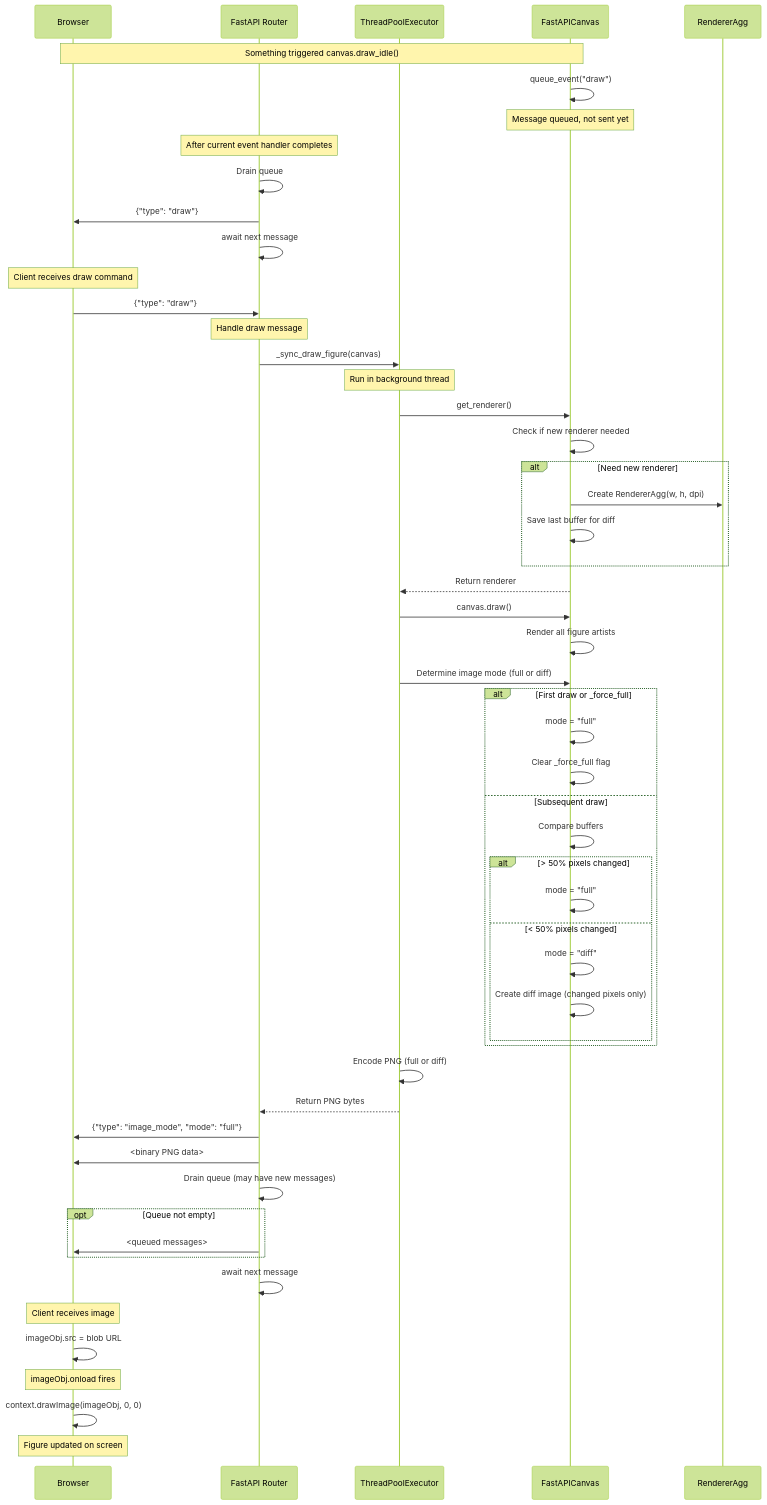
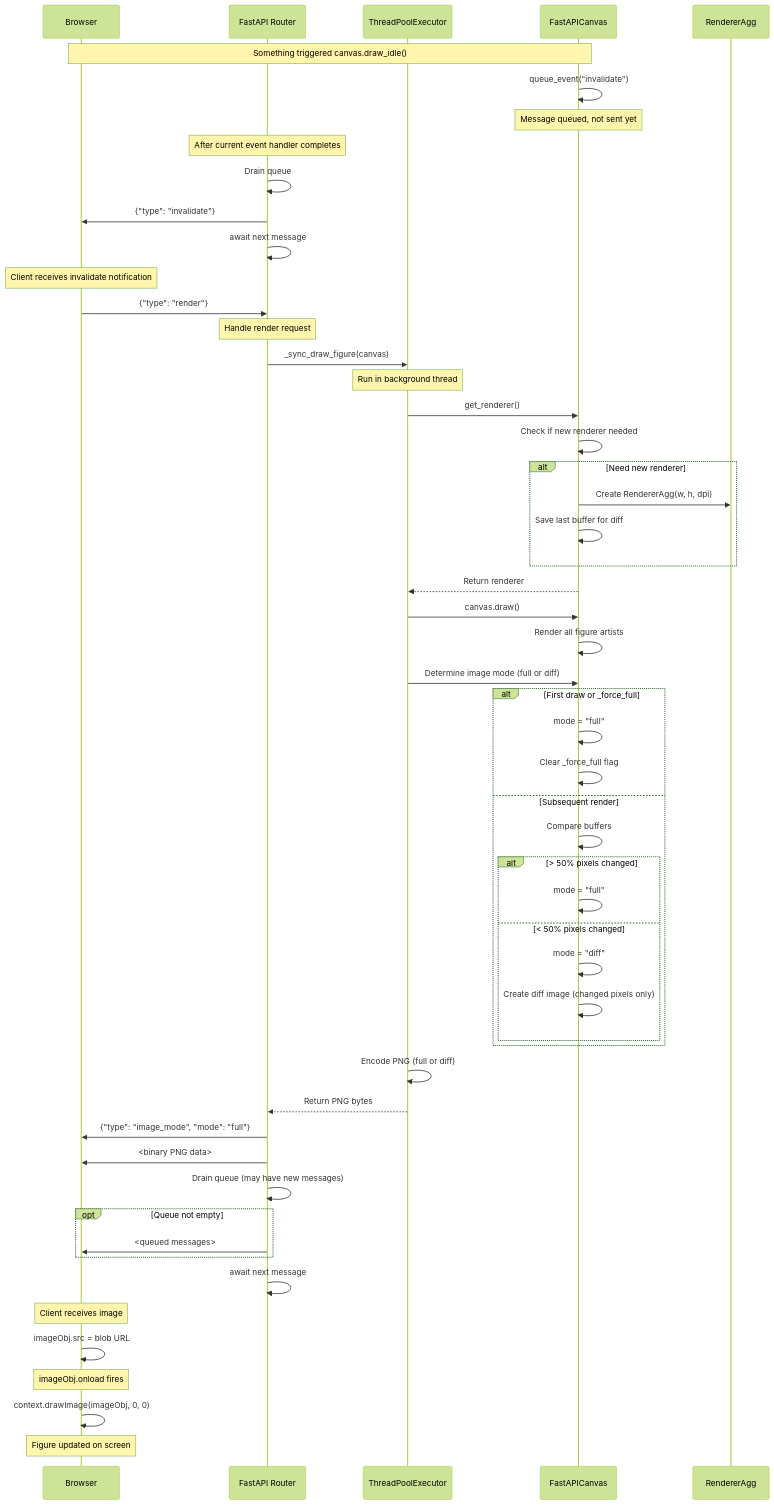
The tenth of 12 diagrams in docs/websocket-protocol.md (tacaswell/matplotlib-fastapi), drawn with Mermaid (forest theme) before and after one commit. The commit also changed other lines of this file and 4 other files, not shown here.

````diff
--- a/docs/websocket-protocol.md
+++ b/docs/websocket-protocol.md
@@ -448,65 +439,65 @@
 ```mermaid
 sequenceDiagram
     participant Client as Browser
     participant Router as FastAPI Router
     participant Executor as ThreadPoolExecutor
     participant Backend as FastAPICanvas
     participant Renderer as RendererAgg
 
     Note over Client,Backend: Something triggered canvas.draw_idle()
-    Backend->>Backend: queue_event("draw")
+    Backend->>Backend: queue_event("invalidate")
     Note over Backend: Message queued, not sent yet
     
     Note over Router: After current event handler completes
     Router->>Router: Drain queue
-    Router->>Client: {"type": "draw"}
+    Router->>Client: {"type": "invalidate"}
     Router->>Router: await next message
     
-    Note over Client: Client receives draw command
-    Client->>Router: {"type": "draw"}
+    Note over Client: Client receives invalidate notification
+    Client->>Router: {"type": "render"}
     
-    Note over Router: Handle draw message
+    Note over Router: Handle render request
     Router->>Executor: _sync_draw_figure(canvas)
     Note over Executor: Run in background thread
     Executor->>Backend: get_renderer()
     Backend->>Backend: Check if new renderer needed
     alt Need new renderer
         Backend->>Renderer: Create RendererAgg(w, h, dpi)
         Backend->>Backend: Save last buffer for diff
     end
     Backend-->>Executor: Return renderer
     
     Executor->>Backend: canvas.draw()
     Backend->>Backend: Render all figure artists
     
     Executor->>Backend: Determine image mode (full or diff)
     alt First draw or _force_full
         Backend->>Backend: mode = "full"
         Backend->>Backend: Clear _force_full flag
-    else Subsequent draw
+    else Subsequent render
         Backend->>Backend: Compare buffers
         alt > 50% pixels changed
             Backend->>Backend: mode = "full"
         else < 50% pixels changed
             Backend->>Backend: mode = "diff"
             Backend->>Backend: Create diff image (changed pixels only)
         end
     end
     
     Executor->>Executor: Encode PNG (full or diff)
     Executor-->>Router: Return PNG bytes
     
     Router->>Client: {"type": "image_mode", "mode": "full"}
     Router->>Client: <binary PNG data>
     Router->>Router: Drain queue (may have new messages)
     opt Queue not empty
         Router->>Client: <queued messages>
     end
     Router->>Router: await next message
     
     Note over Client: Client receives image
     Client->>Client: imageObj.src = blob URL
     Note over Client: imageObj.onload fires
     Client->>Client: context.drawImage(imageObj, 0, 0)
     Note over Client: Figure updated on screen
 ```
````
